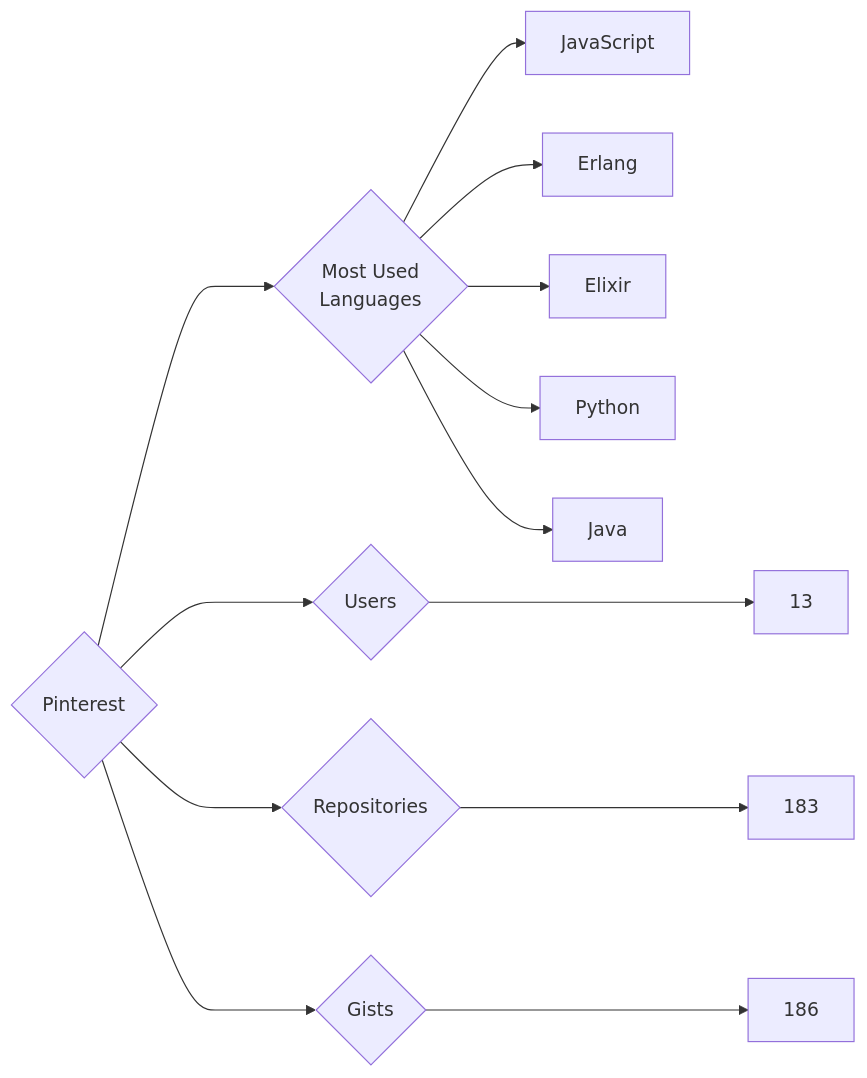
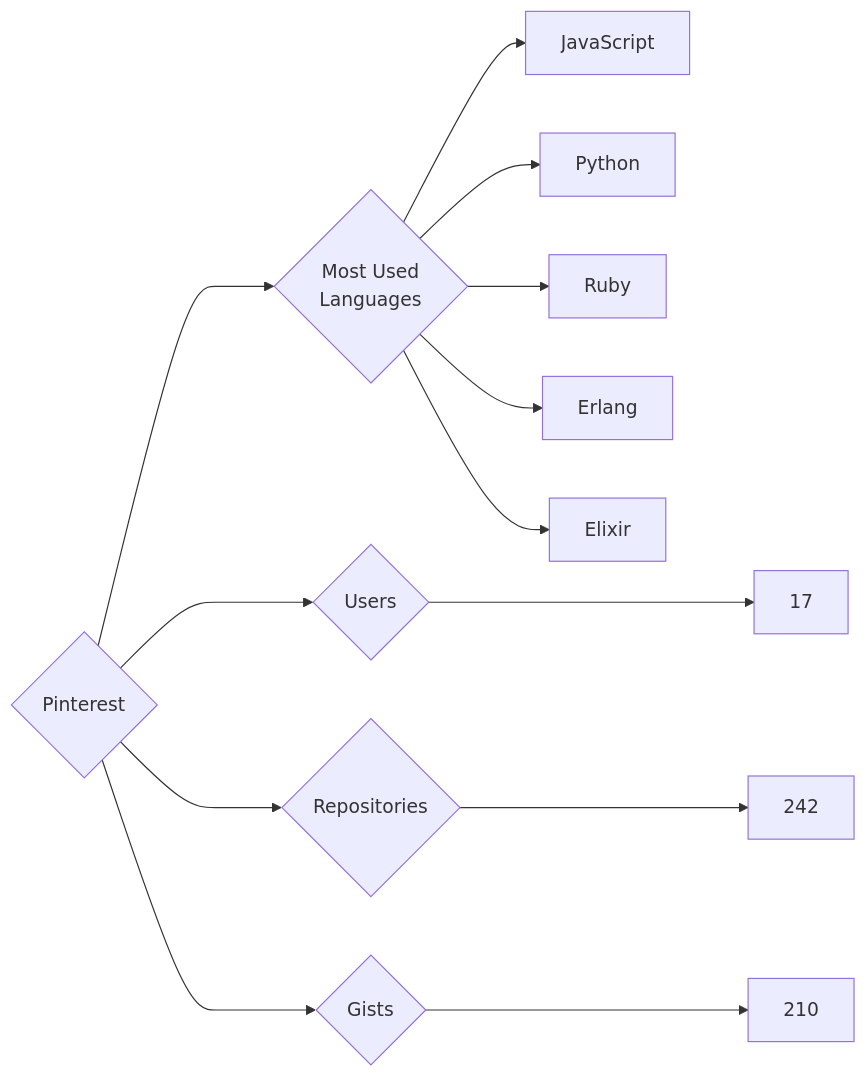
One commit to trickest/insiders changed the diagram in targets/Pinterest/README.md. Above: the diagram before and after it, drawn with Mermaid. The commit also changed 877 other files, not shown here.

````diff
--- a/targets/Pinterest/README.md
+++ b/targets/Pinterest/README.md
@@ -3,13 +3,13 @@
 ```mermaid
 graph LR
 COMPANY_NAME{Pinterest}
-COMPANY_NAME ---> U{Users} ---> UN[13]
-COMPANY_NAME ---> R{Repositories} ---> RN[183]
-COMPANY_NAME ---> G{Gists} ---> GN[186]
+COMPANY_NAME ---> U{Users} ---> UN[17]
+COMPANY_NAME ---> R{Repositories} ---> RN[242]
+COMPANY_NAME ---> G{Gists} ---> GN[210]
 COMPANY_NAME ---> ML{Most Used<br>Languages}
 ML --> JavaScript[JavaScript]
+ML --> Python[Python]
+ML --> Ruby[Ruby]
 ML --> Erlang[Erlang]
 ML --> Elixir[Elixir]
-ML --> Python[Python]
-ML --> Java[Java]
 ```
````
